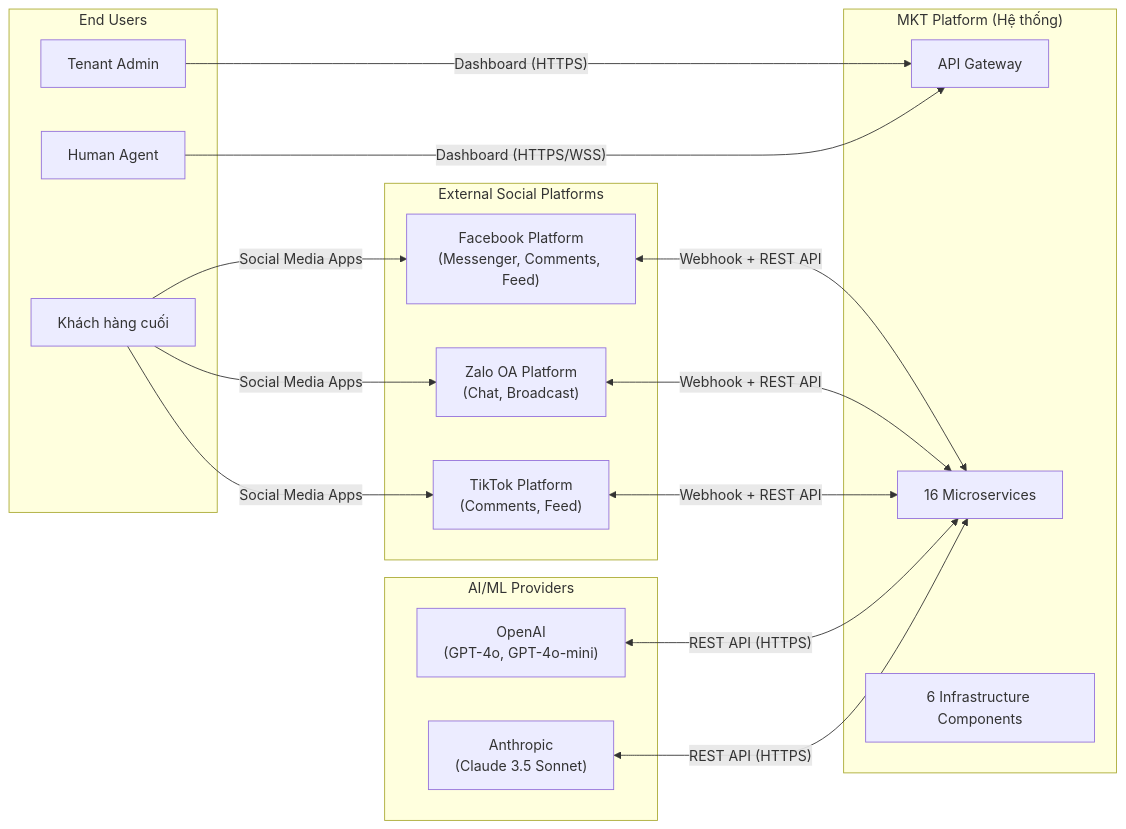
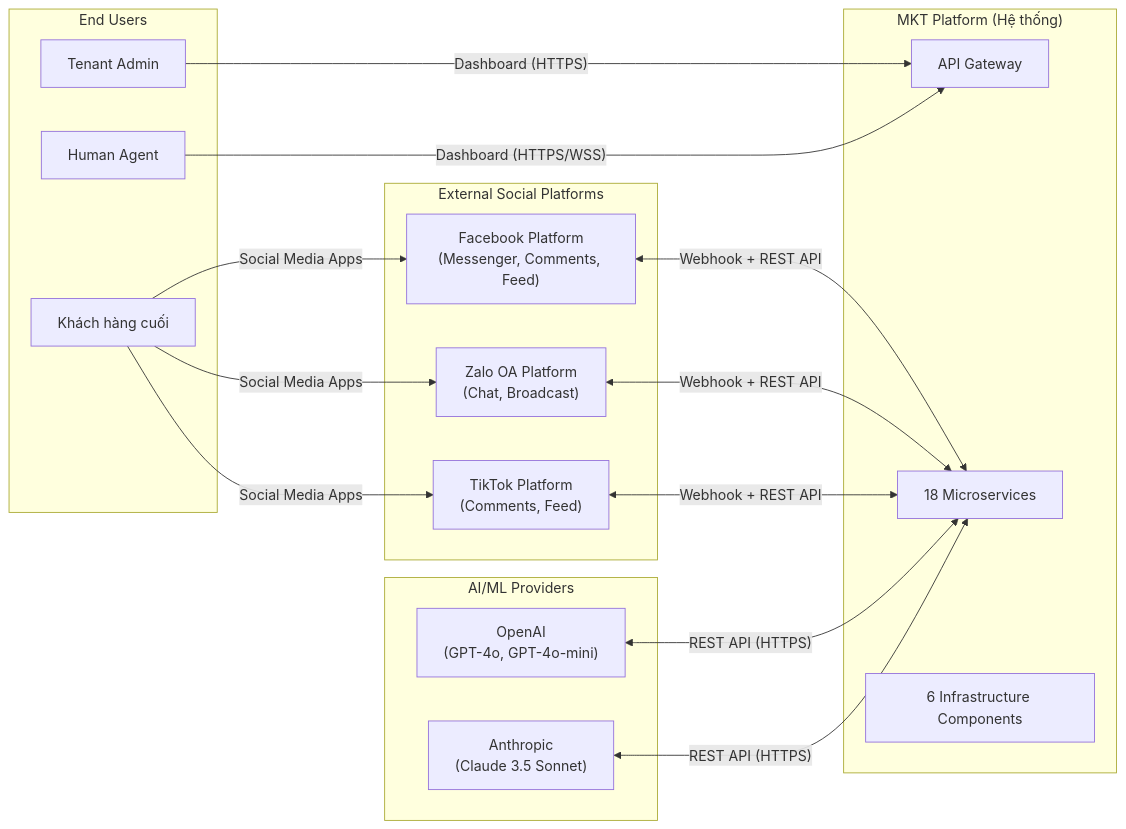
The first of 2 diagrams in docs/SRS/02_Overall_Description.md (hugg4u/solavie-platform), drawn with Mermaid before and after one commit. The commit also changed other lines of this file and 36 other files, not shown here.

````diff
--- a/docs/SRS/02_Overall_Description.md
+++ b/docs/SRS/02_Overall_Description.md
@@ -13,34 +13,34 @@
 ```mermaid
 graph LR
     subgraph "External Social Platforms"
         FB["Facebook Platform<br/>(Messenger, Comments, Feed)"]
         ZALO["Zalo OA Platform<br/>(Chat, Broadcast)"]
         TT["TikTok Platform<br/>(Comments, Feed)"]
     end
 
     subgraph "AI/ML Providers"
         OPENAI["OpenAI<br/>(GPT-4o, GPT-4o-mini)"]
         ANTHROPIC["Anthropic<br/>(Claude 3.5 Sonnet)"]
     end
 
     subgraph "MKT Platform (Hệ thống)"
         GW["API Gateway"]
-        CORE["16 Microservices"]
+        CORE["18 Microservices"]
         INFRA["6 Infrastructure Components"]
     end
 
     subgraph "End Users"
         ADMIN["Tenant Admin"]
         AGENT["Human Agent"]
         CUST["Khách hàng cuối"]
     end
 
     FB <-->|"Webhook + REST API"| CORE
     ZALO <-->|"Webhook + REST API"| CORE
     TT <-->|"Webhook + REST API"| CORE
     OPENAI <-->|"REST API (HTTPS)"| CORE
     ANTHROPIC <-->|"REST API (HTTPS)"| CORE
     ADMIN -->|"Dashboard (HTTPS)"| GW
     AGENT -->|"Dashboard (HTTPS/WSS)"| GW
     CUST -->|"Social Media Apps"| FB & ZALO & TT
 ```
````
